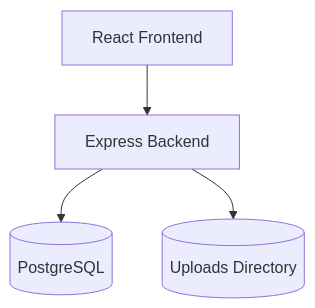
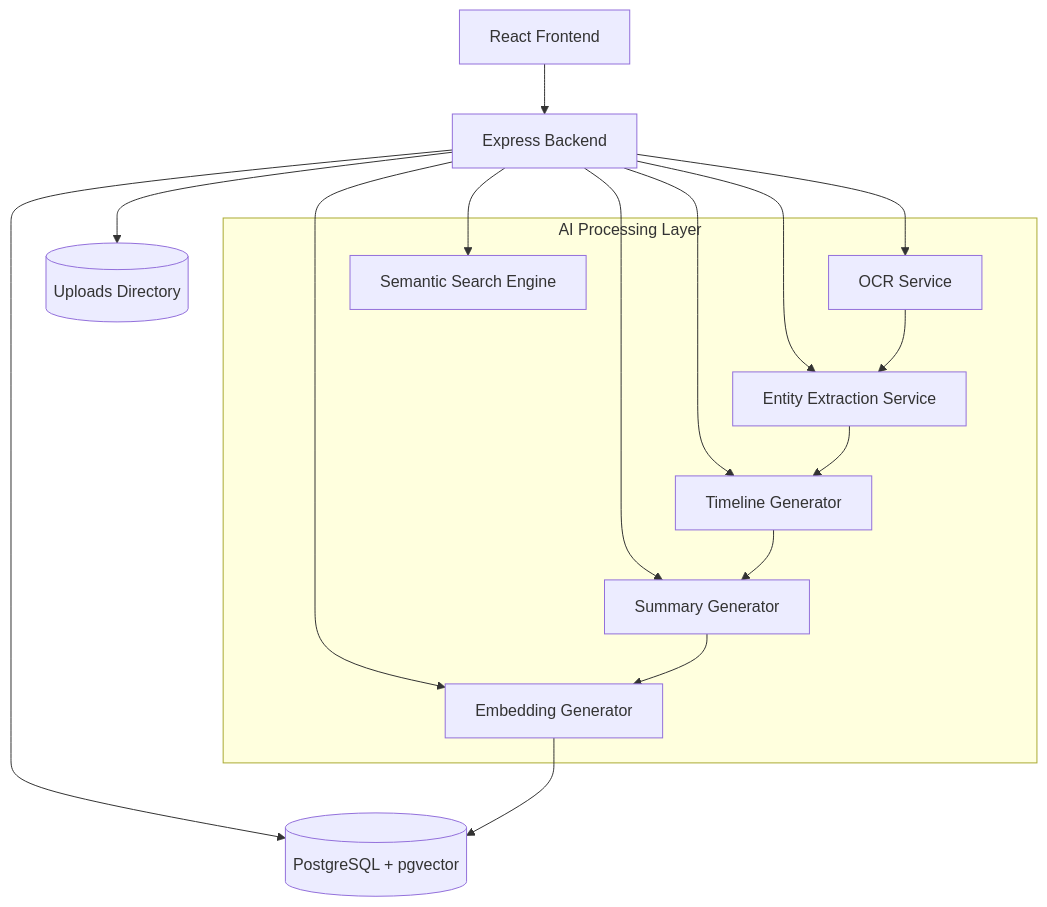
Before and after one commit to Jayaditya-kushwah/TRACE: the first of 2 diagrams in specs/001-trace/plan.md, drawn with Mermaid. The commit also changed other lines of this file and 79 other files, not shown here.

````diff
--- a/specs/001-trace/plan.md
+++ b/specs/001-trace/plan.md
@@ -72,11 +74,33 @@
 ```mermaid
 graph TD
     Client[React Frontend]
     API[Express Backend]
-    DB[(PostgreSQL)]
+    DB[(PostgreSQL + pgvector)]
     FS[(Uploads Directory)]
+    
+    subgraph AI Processing Layer
+        OCR[OCR Service]
+        NER[Entity Extraction Service]
+        Timeline[Timeline Generator]
+        Summary[Summary Generator]
+        Embedding[Embedding Generator]
+        Search[Semantic Search Engine]
+    end
 
     Client --> API
     API --> DB
     API --> FS
+    
+    API --> OCR
+    API --> NER
+    API --> Timeline
+    API --> Summary
+    API --> Embedding
+    API --> Search
+    
+    OCR --> NER
+    NER --> Timeline
+    Timeline --> Summary
+    Summary --> Embedding
+    Embedding --> DB
 ```
````
